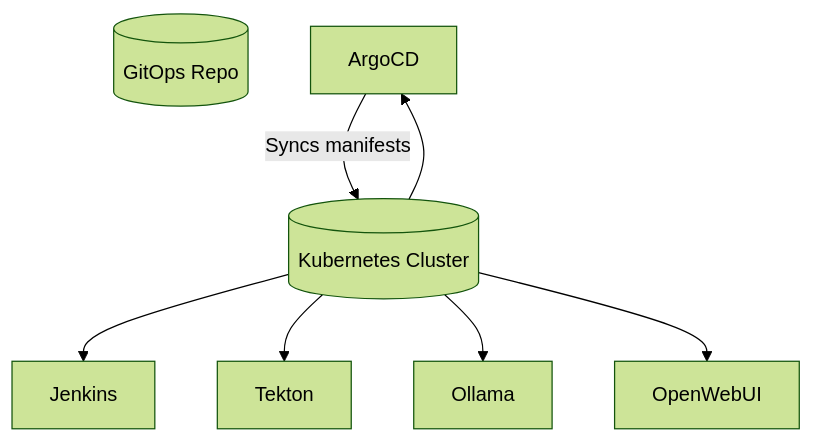
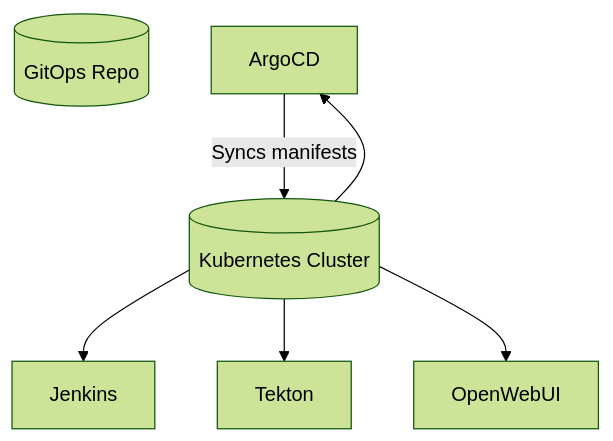
The diagram in README.md (CryptoRodeo/backstage-lab), drawn with Mermaid (forest theme) before and after one commit. The commit also changed other lines of this file and 6 other files, not shown here.

````diff
--- a/README.md
+++ b/README.md
@@ -256,10 +242,9 @@
 ```mermaid
 graph TD
     GitRepo[(GitOps Repo)]
     ArgoCD -->|Syncs manifests| K8sCluster[(Kubernetes Cluster)]
     K8sCluster --> Jenkins
     K8sCluster --> ArgoCD
     K8sCluster --> Tekton
-    K8sCluster --> Ollama
     K8sCluster --> OpenWebUI
 ```
````
